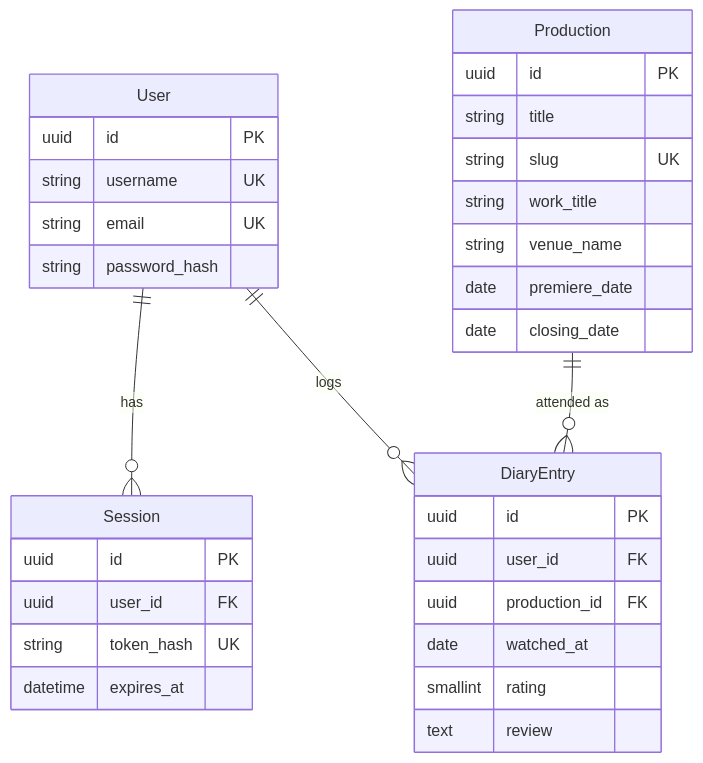
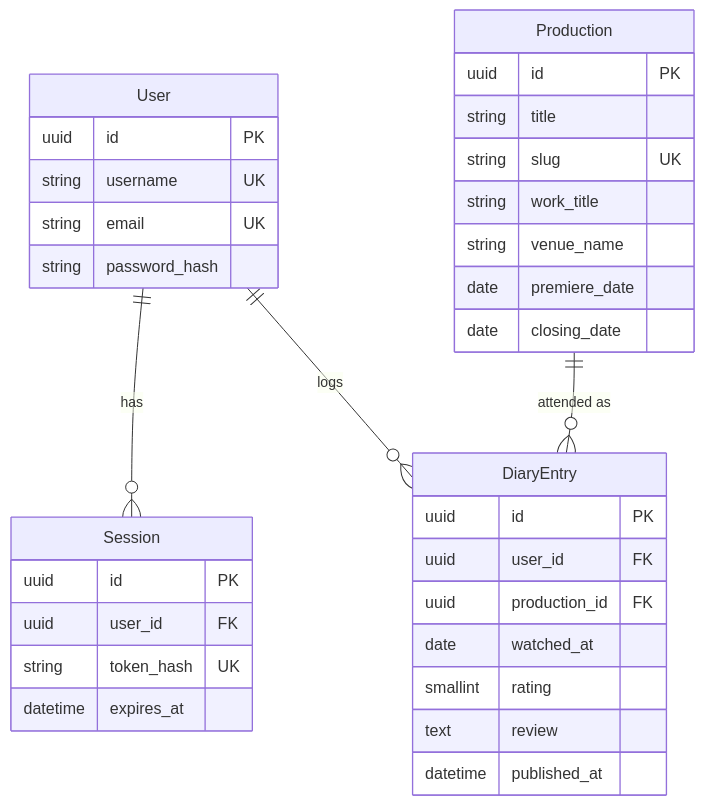
One commit to cariocaphil/theatre-social changed the third of 3 diagrams in docs/architecture.md. Above: the diagram before and after it, drawn with Mermaid. The commit also changed other lines of this file and 14 other files, not shown here.

````diff
--- a/docs/architecture.md
+++ b/docs/architecture.md
@@ -122,39 +122,40 @@
 ```mermaid
 erDiagram
   User ||--o{ Session : "has"
   User ||--o{ DiaryEntry : "logs"
   Production ||--o{ DiaryEntry : "attended as"
 
   User {
     uuid id PK
     string username UK
     string email UK
     string password_hash
   }
 
   Session {
     uuid id PK
     uuid user_id FK
     string token_hash UK
     datetime expires_at
   }
 
   Production {
     uuid id PK
     string title
     string slug UK
     string work_title
     string venue_name
     date premiere_date
     date closing_date
   }
 
   DiaryEntry {
     uuid id PK
     uuid user_id FK
     uuid production_id FK
     date watched_at
     smallint rating
     text review
+    datetime published_at
   }
 ```
````
